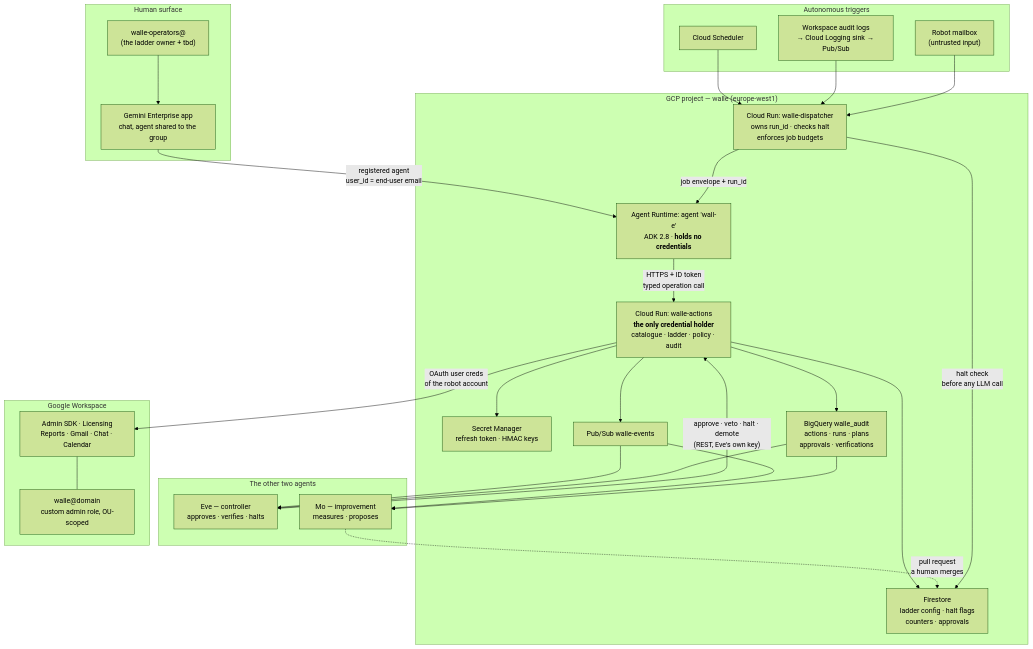
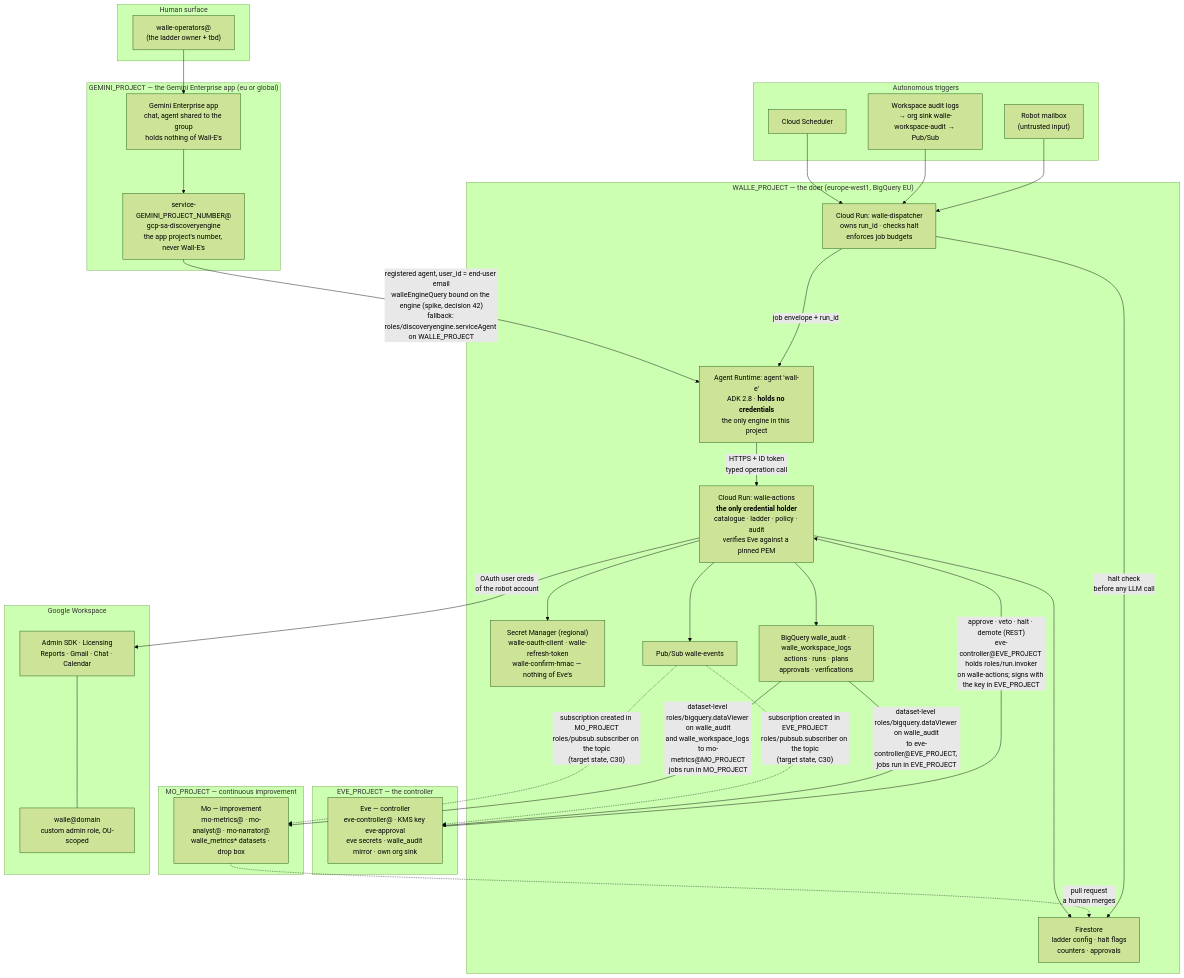
One commit to jsbdfgidsfg/agentic-platform changed the diagram in platform/wall-e/01-hld.md. Above: the diagram before and after it, drawn with Mermaid (forest theme). The commit also changed other lines of this file and 44 other files, not shown here.

````diff
--- a/platform/wall-e/01-hld.md
+++ b/platform/wall-e/01-hld.md
@@ -29,54 +38,62 @@
 ```mermaid
 flowchart TB
     subgraph Humans["Human surface"]
         OP["walle-operators@<br/>(the ladder owner + tbd)"]
-        GE["Gemini Enterprise app<br/>chat, agent shared to the group"]
+    end
+
+    subgraph GEM["GEMINI_PROJECT — the Gemini Enterprise app (eu or global)"]
+        GE["Gemini Enterprise app<br/>chat, agent shared to the group<br/>holds nothing of Wall-E's"]
+        DSA["service-GEMINI_PROJECT_NUMBER@<br/>gcp-sa-discoveryengine<br/>the app project's number, never Wall-E's"]
     end
 
     subgraph Triggers["Autonomous triggers"]
         SCH["Cloud Scheduler"]
-        LOG["Workspace audit logs<br/>→ Cloud Logging sink → Pub/Sub"]
+        LOG["Workspace audit logs<br/>→ org sink walle-workspace-audit → Pub/Sub"]
         INB["Robot mailbox<br/>(untrusted input)"]
     end
 
-    subgraph GCP["GCP project — walle (europe-west1)"]
+    subgraph WALLE["WALLE_PROJECT — the doer (europe-west1, BigQuery EU)"]
         DIS["Cloud Run: walle-dispatcher<br/>owns run_id · checks halt<br/>enforces job budgets"]
-        AR["Agent Runtime: agent 'wall-e'<br/>ADK 2.8 · <b>holds no credentials</b>"]
-        CR["Cloud Run: walle-actions<br/><b>the only credential holder</b><br/>catalogue · ladder · policy · audit"]
+        AR["Agent Runtime: agent 'wall-e'<br/>ADK 2.8 · <b>holds no credentials</b><br/>the only engine in this project"]
+        CR["Cloud Run: walle-actions<br/><b>the only credential holder</b><br/>catalogue · ladder · policy · audit<br/>verifies Eve against a pinned PEM"]
         FS["Firestore<br/>ladder config · halt flags<br/>counters · approvals"]
-        SM["Secret Manager<br/>refresh token · HMAC keys"]
-        BQ["BigQuery walle_audit<br/>actions · runs · plans<br/>approvals · verifications"]
+        SM["Secret Manager (regional)<br/>walle-oauth-client · walle-refresh-token<br/>walle-confirm-hmac — nothing of Eve's"]
+        BQ["BigQuery walle_audit · walle_workspace_logs<br/>actions · runs · plans<br/>approvals · verifications"]
         PS["Pub/Sub walle-events"]
     end
 
-    subgraph Team["The other two agents"]
-        EVE["Eve — controller<br/>approves · verifies · halts"]
-        MO["Mo — improvement<br/>measures · proposes"]
+    subgraph EVEP["EVE_PROJECT — the controller"]
+        EVE["Eve — controller<br/>eve-controller@ · KMS key eve-approval<br/>eve secrets · walle_audit mirror · own org sink"]
+    end
+
+    subgraph MOP["MO_PROJECT — continuous improvement"]
+        MO["Mo — improvement<br/>mo-metrics@ · mo-analyst@ · mo-narrator@<br/>walle_metrics* datasets · drop box"]
     end
 
     subgraph WS["Google Workspace"]
         RB["walle@domain<br/>custom admin role, OU-scoped"]
         API["Admin SDK · Licensing<br/>Reports · Gmail · Chat · Calendar"]
     end
 
     OP --> GE
-    GE -->|"registered agent<br/>user_id = end-user email"| AR
+    GE --> DSA
+    DSA -->|"registered agent, user_id = end-user email<br/>walleEngineQuery bound on the engine (spike, decision 42)<br/>fallback: roles/discoveryengine.serviceAgent on WALLE_PROJECT"| AR
     SCH --> DIS
     LOG --> DIS
     INB --> DIS
     DIS -->|"job envelope + run_id"| AR
     AR -->|"HTTPS + ID token<br/>typed operation call"| CR
     CR --> FS
     CR --> SM
     CR --> BQ
     CR --> PS
     CR -->|"OAuth user creds<br/>of the robot account"| API
     API --- RB
-    PS --> EVE
-    PS --> MO
-    EVE -->|"approve · veto · halt · demote<br/>(REST, Eve's own key)"| CR
-    BQ --> EVE
-    BQ --> MO
+    PS -.->|"subscription created in EVE_PROJECT<br/>roles/pubsub.subscriber on the topic<br/>(target state, C30)"| EVE
+    PS -.->|"subscription created in MO_PROJECT<br/>roles/pubsub.subscriber on the topic<br/>(target state, C30)"| MO
+    EVE -->|"approve · veto · halt · demote (REST)<br/>eve-controller@EVE_PROJECT holds roles/run.invoker<br/>on walle-actions; signs with the key in EVE_PROJECT"| CR
+    BQ -->|"dataset-level roles/bigquery.dataViewer on walle_audit<br/>to eve-controller@EVE_PROJECT, jobs run in EVE_PROJECT"| EVE
+    BQ -->|"dataset-level roles/bigquery.dataViewer on walle_audit<br/>and walle_workspace_logs to mo-metrics@MO_PROJECT<br/>jobs run in MO_PROJECT"| MO
     MO -.->|"pull request<br/>a human merges"| FS
     DIS -->|"halt check<br/>before any LLM call"| FS
 ```
````
